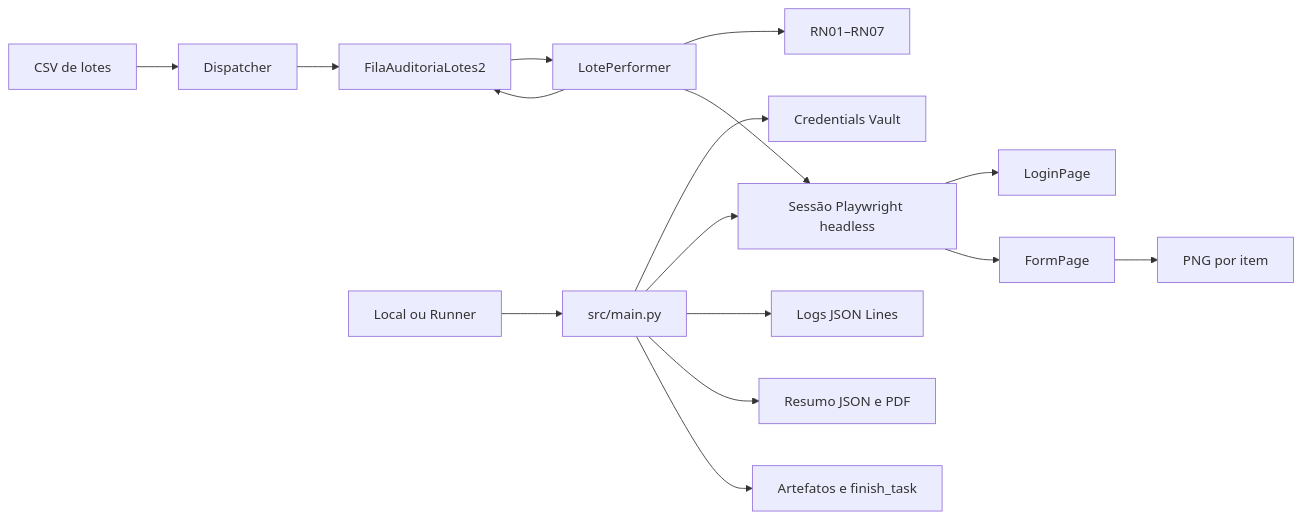
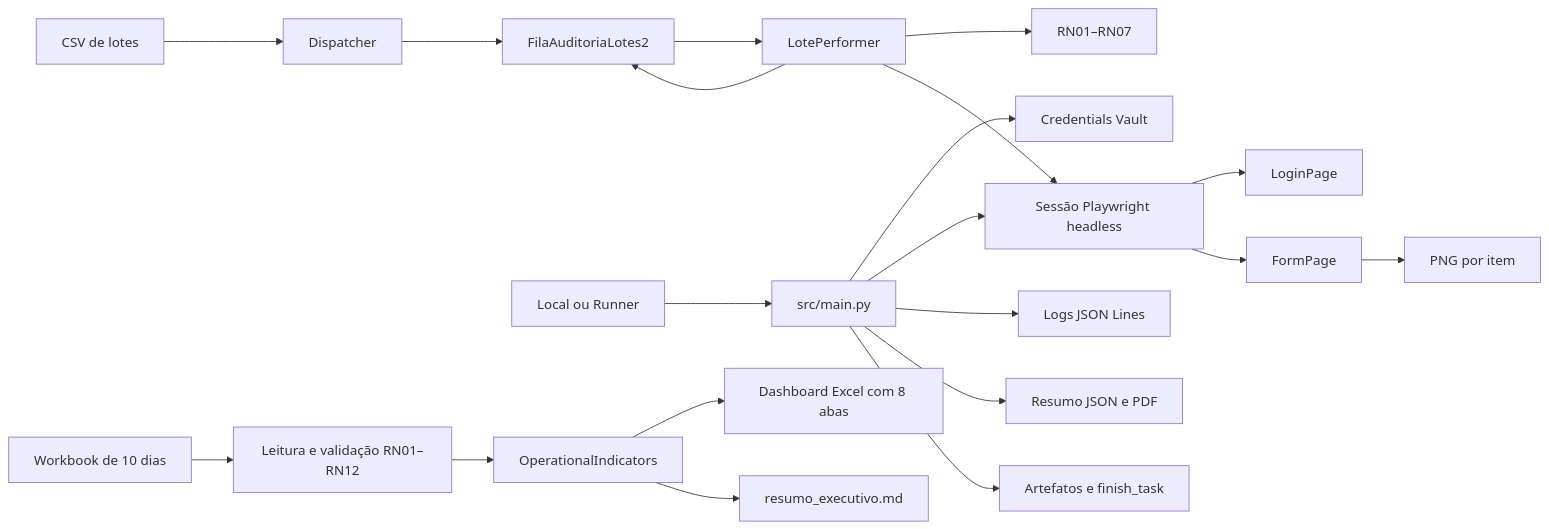
The diagram in README.md (g-f307/conferencia-de-lotes), drawn with Mermaid before and after one commit. The commit also changed other lines of this file and 3 other files, not shown here.

````diff
--- a/README.md
+++ b/README.md
@@ -88,18 +88,22 @@
 ```mermaid
 flowchart LR
     CSV[CSV de lotes] --> DISPATCHER[Dispatcher]
     DISPATCHER --> DP[FilaAuditoriaLotes2]
     RUNNER[Local ou Runner] --> MAIN[src/main.py]
     MAIN --> VAULT[Credentials Vault]
     MAIN --> SESSION[Sessão Playwright headless]
     SESSION --> LOGIN[LoginPage]
     DP --> PERFORMER[LotePerformer]
     PERFORMER --> RULES[RN01–RN07]
     PERFORMER --> SESSION
     SESSION --> FORM[FormPage]
     FORM --> PNG[PNG por item]
     PERFORMER --> DP
     MAIN --> LOG[Logs JSON Lines]
     MAIN --> REPORT[Resumo JSON e PDF]
     MAIN --> MAESTRO[Artefatos e finish_task]
+    XLSX[Workbook de 10 dias] --> READER[Leitura e validação RN01–RN12]
+    READER --> INDICATORS[OperationalIndicators]
+    INDICATORS --> EXCEL[Dashboard Excel com 8 abas]
+    INDICATORS --> MARKDOWN[resumo_executivo.md]
 ```
````
